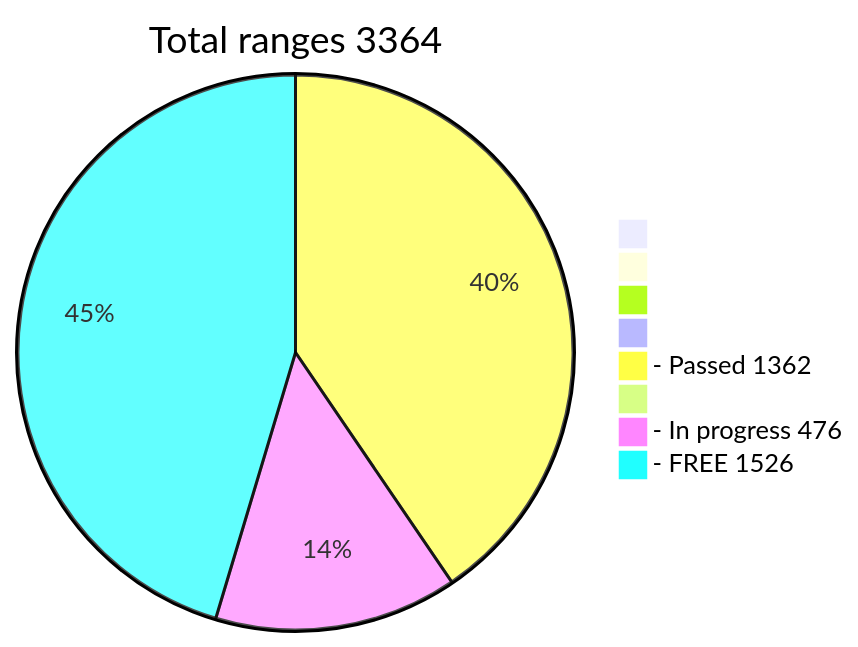
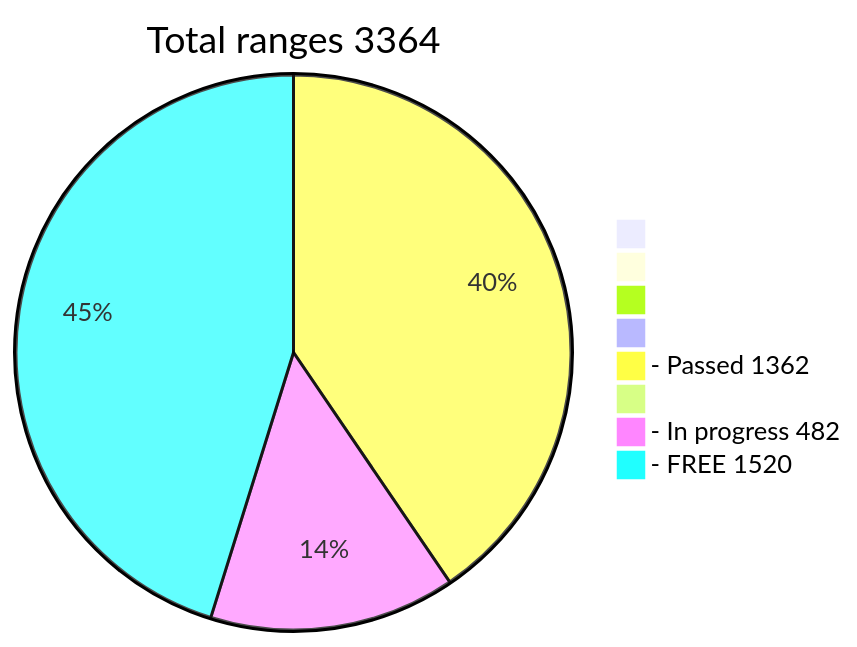
Before and after one commit to phrutis/wif500: the diagram in README.md, drawn with Mermaid.

````diff
--- a/README.md
+++ b/README.md
@@ -16,12 +16,12 @@
 ```mermaid
 pie title Total ranges 3364
              " " : 0
             "  " : 0
            "   " : 0
           "    " : 0
   "- Passed 1362" : 1362
          "     " : 0
-  "- In progress 476" : 476
-   "- FREE 1526" : 1526
+  "- In progress 482" : 482
+   "- FREE 1520" : 1520
    
 ```
````
